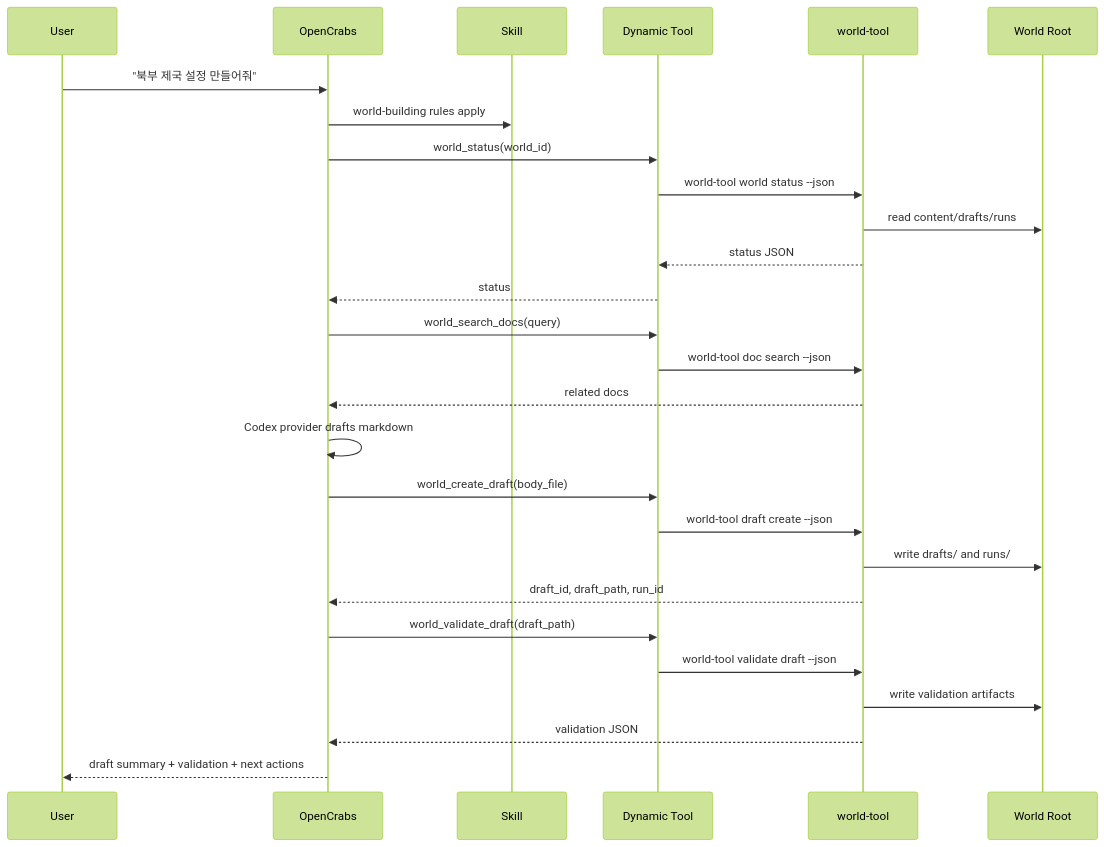
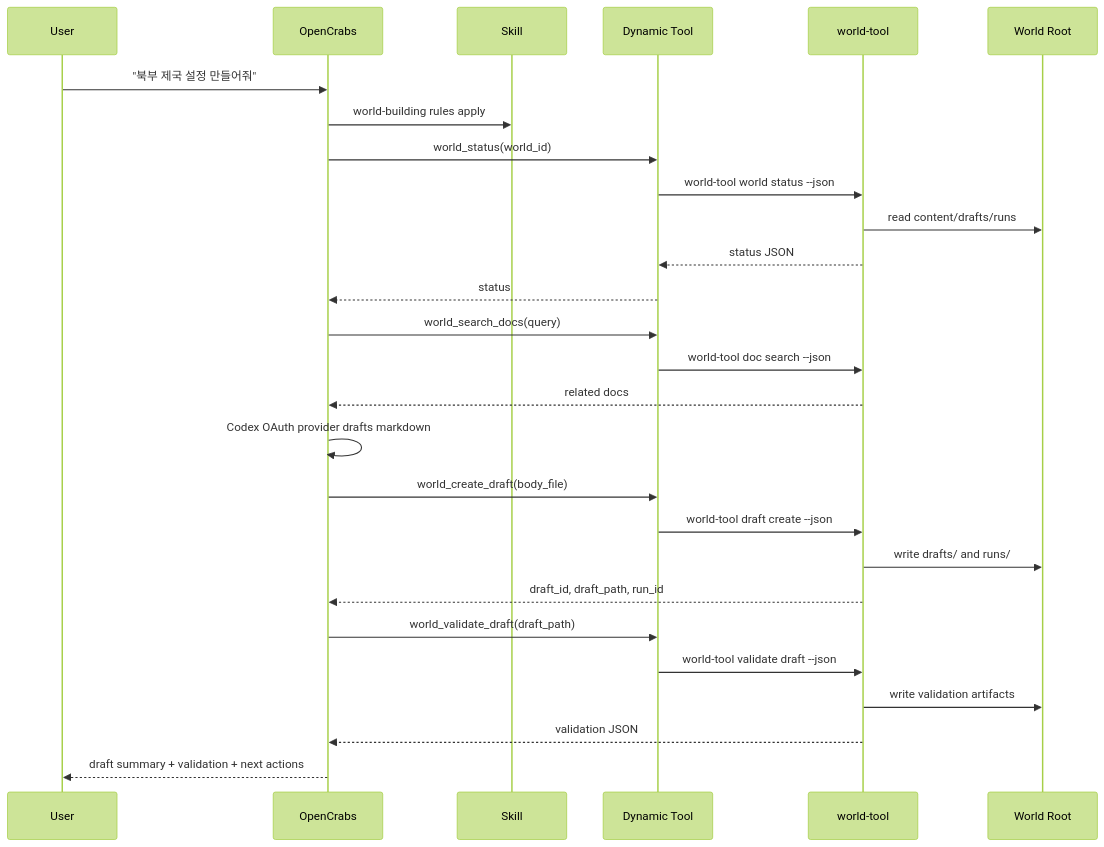
Before and after one commit to hoonzinope/world-building-harness: the third of 5 diagrams in docs/system-design.md, drawn with Mermaid (forest theme). The commit also changed other lines of this file and 5 other files, not shown here.

Commit message:
docs: use Codex OAuth provider by default

````diff
--- a/docs/system-design.md
+++ b/docs/system-design.md
@@ -87,30 +87,30 @@
 ```mermaid
 sequenceDiagram
     participant User
     participant OpenCrabs
     participant Skill
     participant Tool as Dynamic Tool
     participant WT as world-tool
     participant World as World Root
 
     User->>OpenCrabs: "북부 제국 설정 만들어줘"
     OpenCrabs->>Skill: world-building rules apply
     OpenCrabs->>Tool: world_status(world_id)
     Tool->>WT: world-tool world status --json
     WT->>World: read content/drafts/runs
     WT-->>Tool: status JSON
     Tool-->>OpenCrabs: status
     OpenCrabs->>Tool: world_search_docs(query)
     Tool->>WT: world-tool doc search --json
     WT-->>OpenCrabs: related docs
-    OpenCrabs->>OpenCrabs: Codex provider drafts markdown
+    OpenCrabs->>OpenCrabs: Codex OAuth provider drafts markdown
     OpenCrabs->>Tool: world_create_draft(body_file)
     Tool->>WT: world-tool draft create --json
     WT->>World: write drafts/ and runs/
     WT-->>OpenCrabs: draft_id, draft_path, run_id
     OpenCrabs->>Tool: world_validate_draft(draft_path)
     Tool->>WT: world-tool validate draft --json
     WT->>World: write validation artifacts
     WT-->>OpenCrabs: validation JSON
     OpenCrabs-->>User: draft summary + validation + next actions
 ```
````
